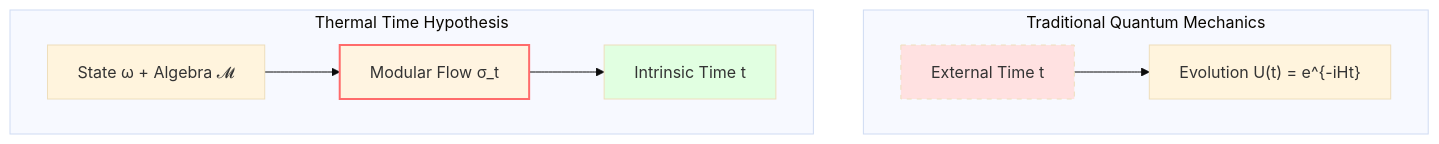
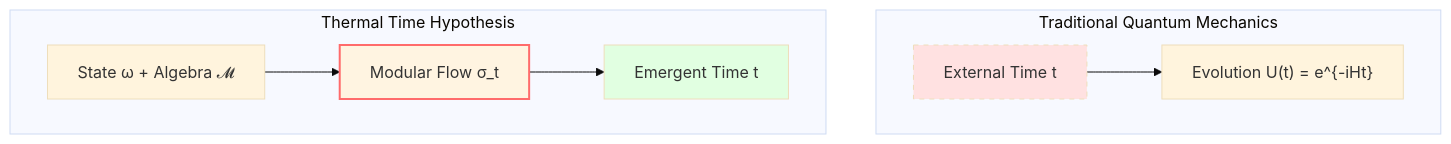
One commit to loning/zeckendorf-hilbert changed the third of 3 diagrams in docs/euler-article/gls-union/03-mathematical-tools/04-modular-theory_en.md. Above: the diagram before and after it, drawn with Mermaid (base theme). The commit also changed other lines of this file and 111 other files, not shown here.

````diff
--- a/docs/euler-article/gls-union/03-mathematical-tools/04-modular-theory_en.md
+++ b/docs/euler-article/gls-union/03-mathematical-tools/04-modular-theory_en.md
@@ -143,15 +141,15 @@
 ```mermaid
 graph TB
     subgraph "Traditional Quantum Mechanics"
         T1["External Time t"] --> U["Evolution U(t) = e^{-iHt}"]
     end
 
     subgraph "Thermal Time Hypothesis"
         S["State ω + Algebra 𝓜"] --> M["Modular Flow σ_t"]
-        M --> T2["Intrinsic Time t"]
+        M --> T2["Emergent Time t"]
     end
 
     style T1 fill:#ffe1e1,stroke-dasharray: 5 5
     style T2 fill:#e1ffe1
     style M fill:#fff4e1,stroke:#ff6b6b,stroke-width:2px
 ```
````
